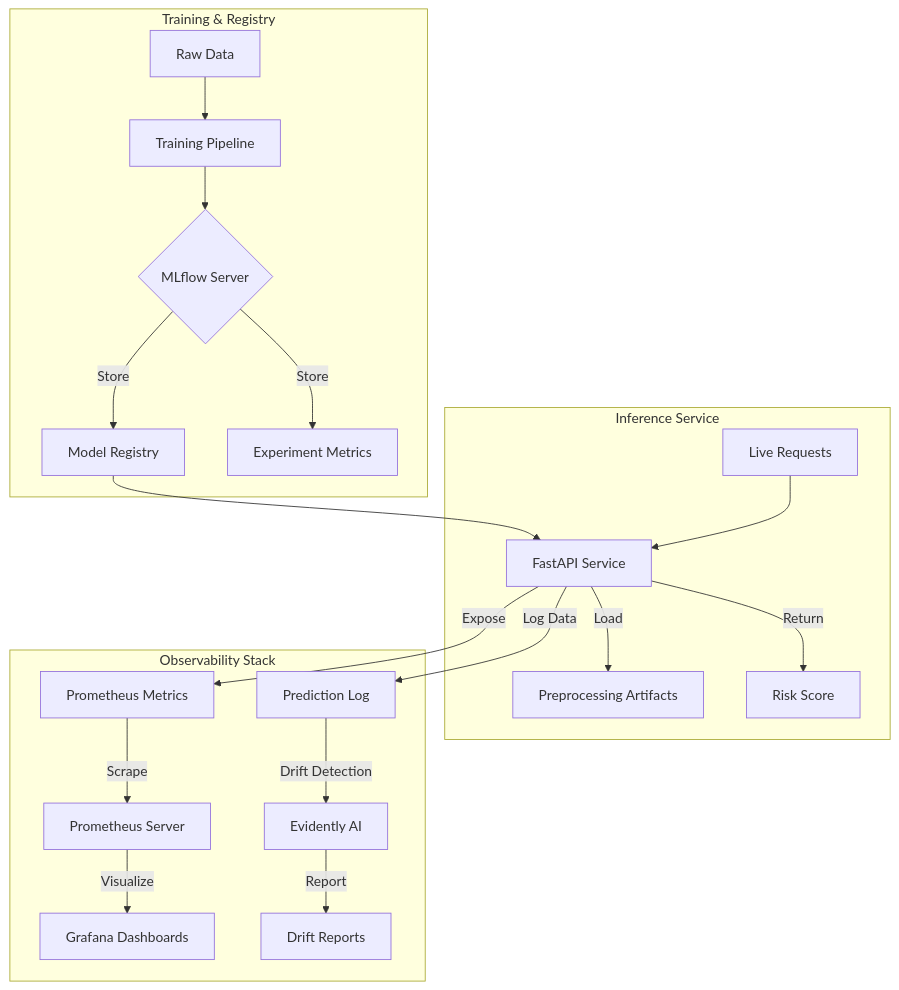
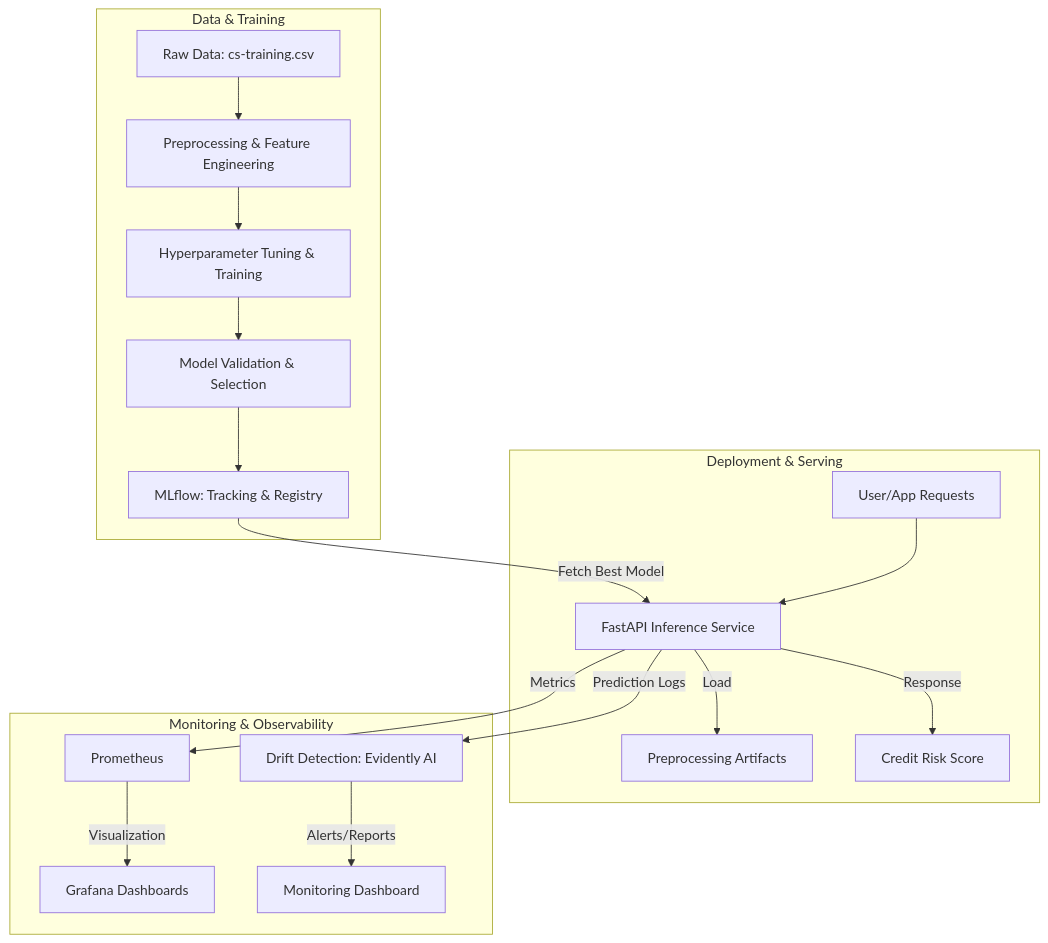
The diagram in README.md (bhattacharjeeshayan860-netizen/mlops-credit-risk), drawn with Mermaid before and after one commit. The commit also changed other lines of this file, not shown here.

Commit message:
Add live demo link to README

````diff
--- a/README.md
+++ b/README.md
@@ -16,25 +21,23 @@
 ```mermaid
 graph TD
-    subgraph "Training & Registry"
-        A[Raw Data] --> B[Training Pipeline]
-        B --> C{MLflow Server}
-        C -->|Store| D[Model Registry]
-        C -->|Store| E[Experiment Metrics]
+    subgraph "Data & Training"
+        A[Raw Data: cs-training.csv] --> B[Preprocessing & Feature Engineering]
+        B --> C[Hyperparameter Tuning & Training]
+        C --> D[Model Validation & Selection]
+        D --> E[MLflow: Tracking & Registry]
     end
 
-    subgraph "Inference Service"
-        D --> F[FastAPI Service]
+    subgraph "Deployment & Serving"
+        E -->|Fetch Best Model| F[FastAPI Inference Service]
         F -->|Load| G[Preprocessing Artifacts]
-        H[Live Requests] --> F
-        F -->|Return| I[Risk Score]
+        H[User/App Requests] --> F
+        F -->|Response| I[Credit Risk Score]
     end
 
-    subgraph "Observability Stack"
-        F -->|Expose| J[Prometheus Metrics]
-        J -->|Scrape| K[Prometheus Server]
-        K -->|Visualize| L[Grafana Dashboards]
-        F -->|Log Data| M[Prediction Log]
-        M -->|Drift Detection| N[Evidently AI]
-        N -->|Report| O[Drift Reports]
+    subgraph "Monitoring & Observability"
+        F -->|Metrics| J[Prometheus]
+        J -->|Visualization| K[Grafana Dashboards]
+        F -->|Prediction Logs| L[Drift Detection: Evidently AI]
+        L -->|Alerts/Reports| M[Monitoring Dashboard]
     end
 ```
````
